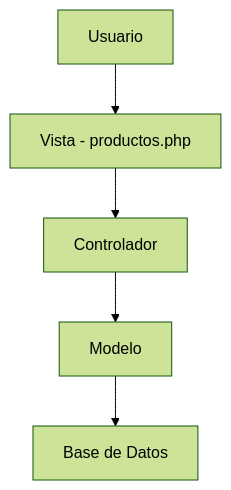
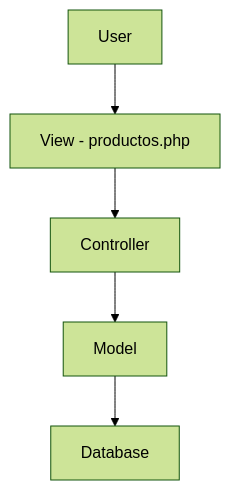
The diagram in README.md (miguelrioso/techhub-store), drawn with Mermaid (forest theme) before and after one commit. The commit also changed other lines of this file, not shown here.

````diff
--- a/README.md
+++ b/README.md
@@ -83,7 +49,7 @@
 ```mermaid
 graph TD
-A[Usuario] --> B[Vista - productos.php]
-B --> C[Controlador]
-C --> D[Modelo]
-D --> E[Base de Datos]
+A[User] --> B[View - productos.php]
+B --> C[Controller]
+C --> D[Model]
+D --> E[Database]
 ```
````
